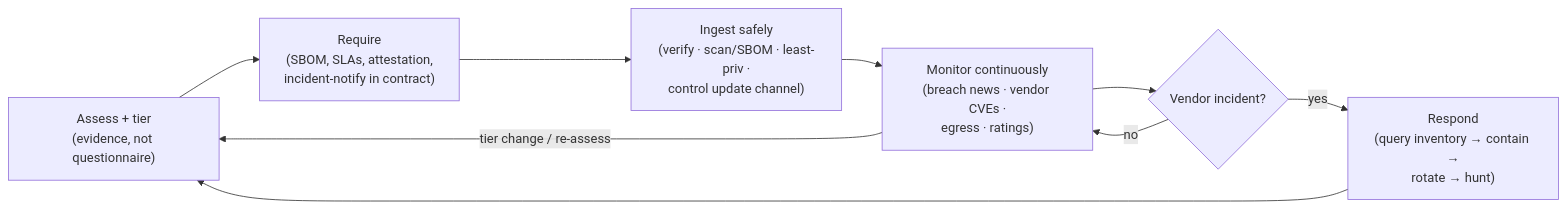
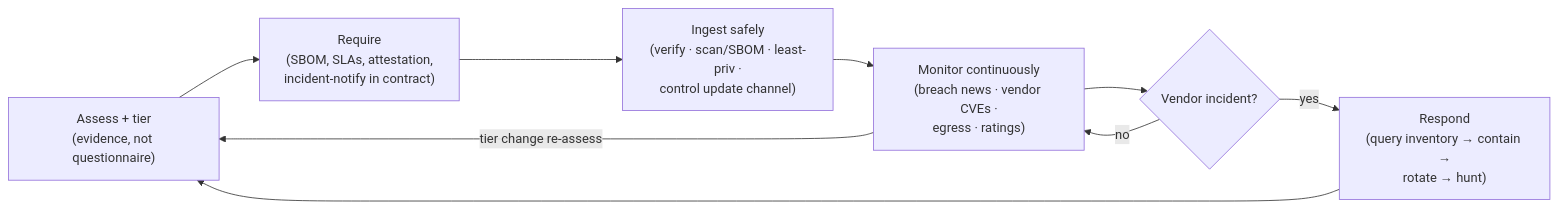
One commit to bumbsclaw/textbooks changed the third of 7 diagrams in book-08-governance-ir/ch03-vendor-risk.md. Above: the diagram before and after it, drawn with Mermaid. The commit also changed 173 other files, not shown here.

First line of the commit message:
fix(mermaid): close note brackets, semicolons in Notes, stateDiagram br -> dash, edge parens

````diff
--- a/book-08-governance-ir/ch03-vendor-risk.md
+++ b/book-08-governance-ir/ch03-vendor-risk.md
@@ -448,11 +448,11 @@
 ```mermaid
 flowchart LR
   A["Assess + tier\n(evidence, not questionnaire)"] --> B["Require\n(SBOM, SLAs, attestation,\nincident-notify in contract)"]
   B --> C["Ingest safely\n(verify · scan/SBOM · least-priv ·\ncontrol update channel)"]
   C --> D["Monitor continuously\n(breach news · vendor CVEs ·\negress · ratings)"]
   D --> E{"Vendor incident?"}
   E -->|no| D
   E -->|yes| F["Respond\n(query inventory → contain →\nrotate → hunt)"]
   F --> A
-  D -->|tier change / re-assess| A
+  D -->|tier change re-assess| A
 ```
````
